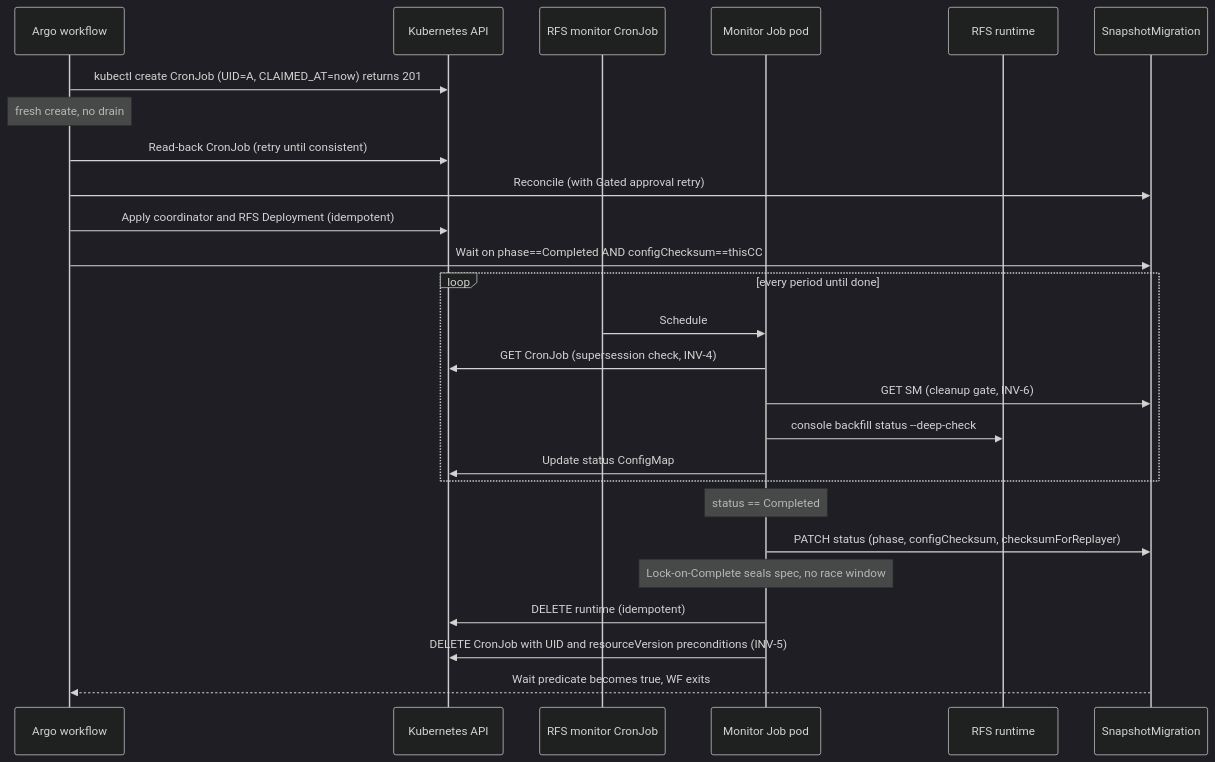
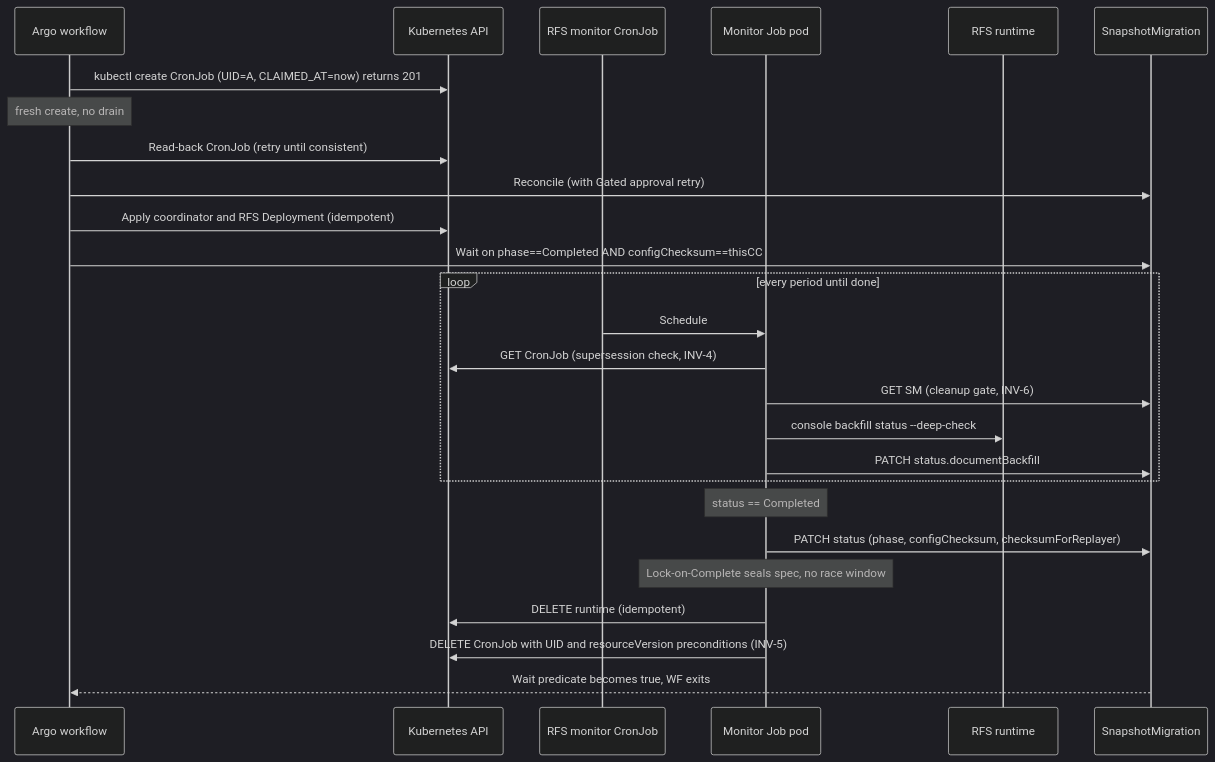
Before and after one commit to gregschohn/opensearch-migrations: the second of 5 diagrams in docs/rfsCronJobMonitor.md, drawn with Mermaid (dark theme). The commit also changed other lines of this file and 8 other files, not shown here.

````diff
--- a/docs/rfsCronJobMonitor.md
+++ b/docs/rfsCronJobMonitor.md
@@ -353,31 +352,31 @@
 ```mermaid
 sequenceDiagram
   participant WF as Argo workflow
   participant API as Kubernetes API
   participant CJ as RFS monitor CronJob
   participant Job as Monitor Job pod
   participant RFS as RFS runtime
   participant SM as SnapshotMigration
 
   WF->>API: kubectl create CronJob (UID=A, CLAIMED_AT=now) returns 201
   Note over WF: fresh create, no drain
   WF->>API: Read-back CronJob (retry until consistent)
   WF->>SM: Reconcile (with Gated approval retry)
   WF->>API: Apply coordinator and RFS Deployment (idempotent)
   WF->>SM: Wait on phase==Completed AND configChecksum==thisCC
 
   loop every period until done
     CJ->>Job: Schedule
     Job->>API: GET CronJob (supersession check, INV-4)
     Job->>SM: GET SM (cleanup gate, INV-6)
     Job->>RFS: console backfill status --deep-check
-    Job->>API: Update status ConfigMap
+    Job->>SM: PATCH status.documentBackfill
   end
 
   Note over Job: status == Completed
   Job->>SM: PATCH status (phase, configChecksum, checksumForReplayer)
   Note over Job: Lock-on-Complete seals spec, no race window
   Job->>API: DELETE runtime (idempotent)
   Job->>API: DELETE CronJob with UID and resourceVersion preconditions (INV-5)
   SM-->>WF: Wait predicate becomes true, WF exits
 ```
````
